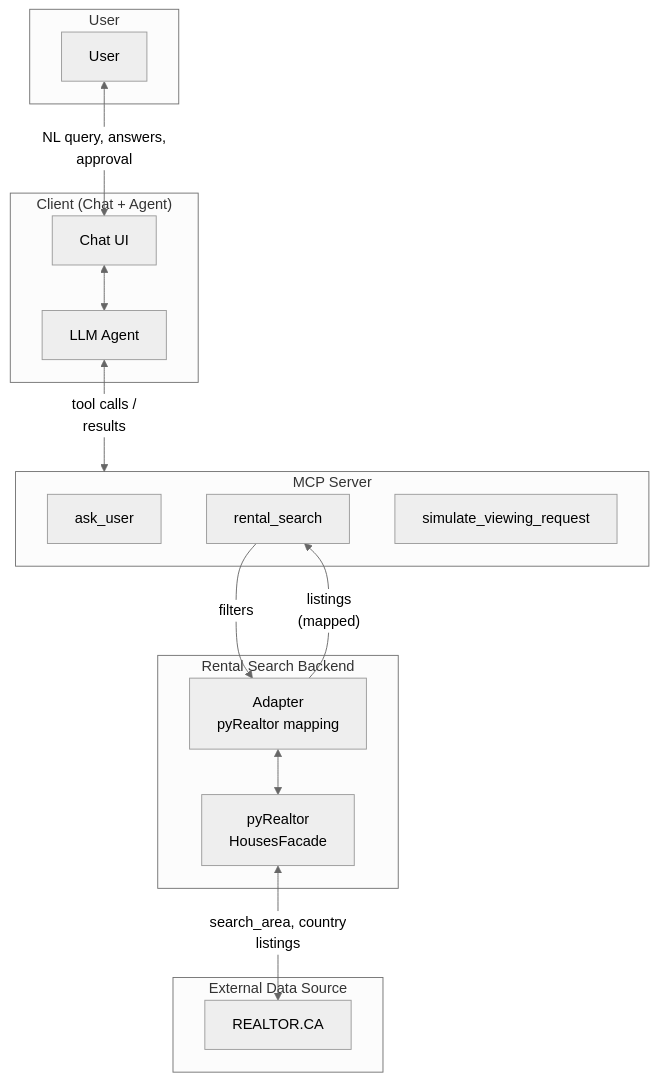
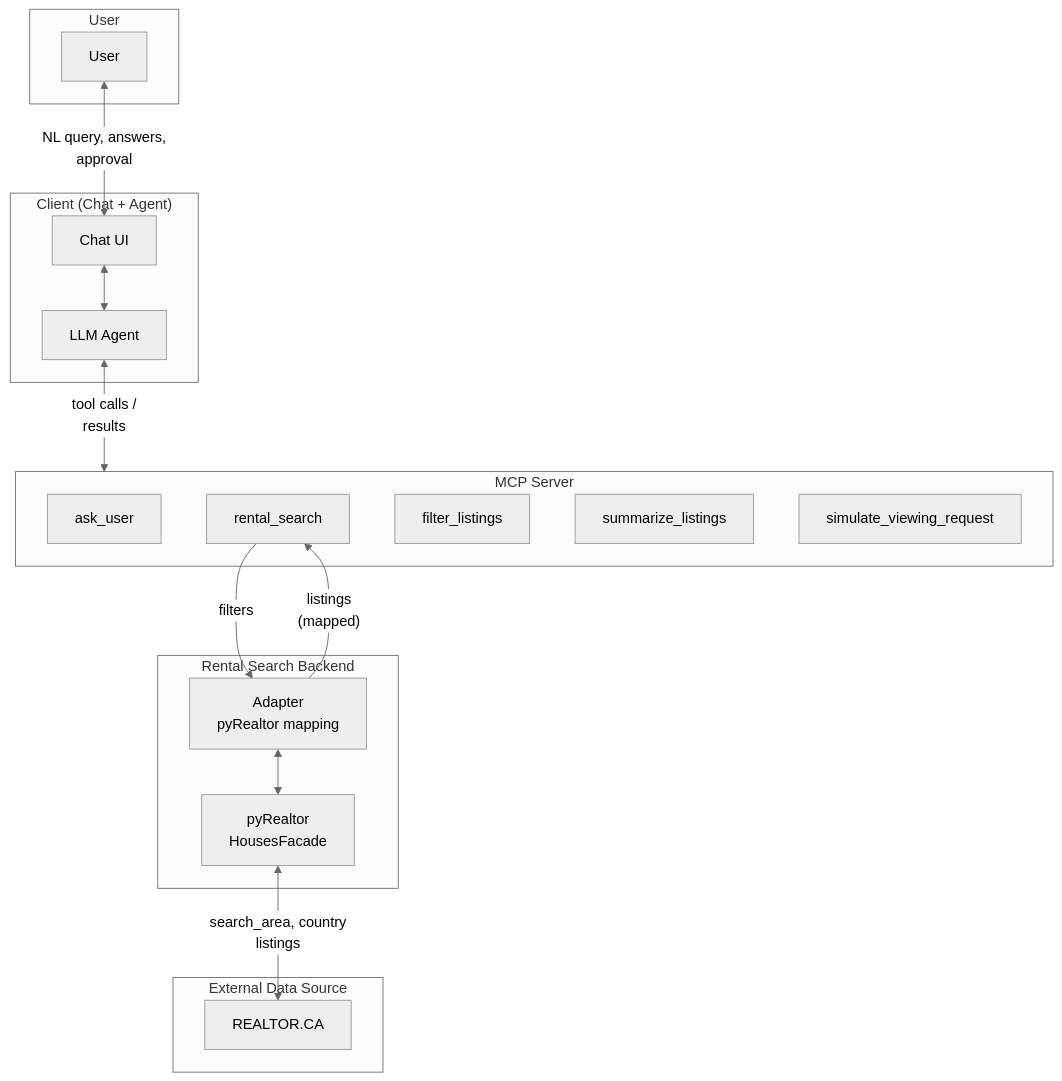
The diagram in docs/rental-search-assistant-mvp-technical-spec.md (smakamali/rental_search_agent), drawn with Mermaid (neutral theme) before and after one commit. The commit also changed other lines of this file, not shown here.

Commit message:
Update technical spec: five tools, Listing fields, backend columns, agent flow

````diff
--- a/docs/rental-search-assistant-mvp-technical-spec.md
+++ b/docs/rental-search-assistant-mvp-technical-spec.md
@@ -20,34 +20,36 @@
 ```mermaid
 flowchart TB
     subgraph User["User"]
         U[User]
     end
 
     subgraph Client["Client (Chat + Agent)"]
         UI[Chat UI]
         Agent[LLM Agent]
         UI <--> Agent
     end
 
     subgraph MCP["MCP Server"]
         T1[ask_user]
         T2[rental_search]
+        T2b[filter_listings]
+        T2c[summarize_listings]
         T3[simulate_viewing_request]
     end
 
     subgraph Backend["Rental Search Backend"]
         Adapter[Adapter\npyRealtor mapping]
         PyRealtor[pyRealtor\nHousesFacade]
         Adapter <--> PyRealtor
     end
 
     subgraph External["External Data Source"]
         REALTOR[REALTOR.CA]
     end
 
     U <-->|"NL query, answers,\napproval"| UI
     Agent <-->|"tool calls /\nresults"| MCP
     T2 -->|"filters"| Adapter
     Adapter -->|"listings\n(mapped)"| T2
     PyRealtor <-->|"search_area, country\nlistings"| REALTOR
 ```
````
